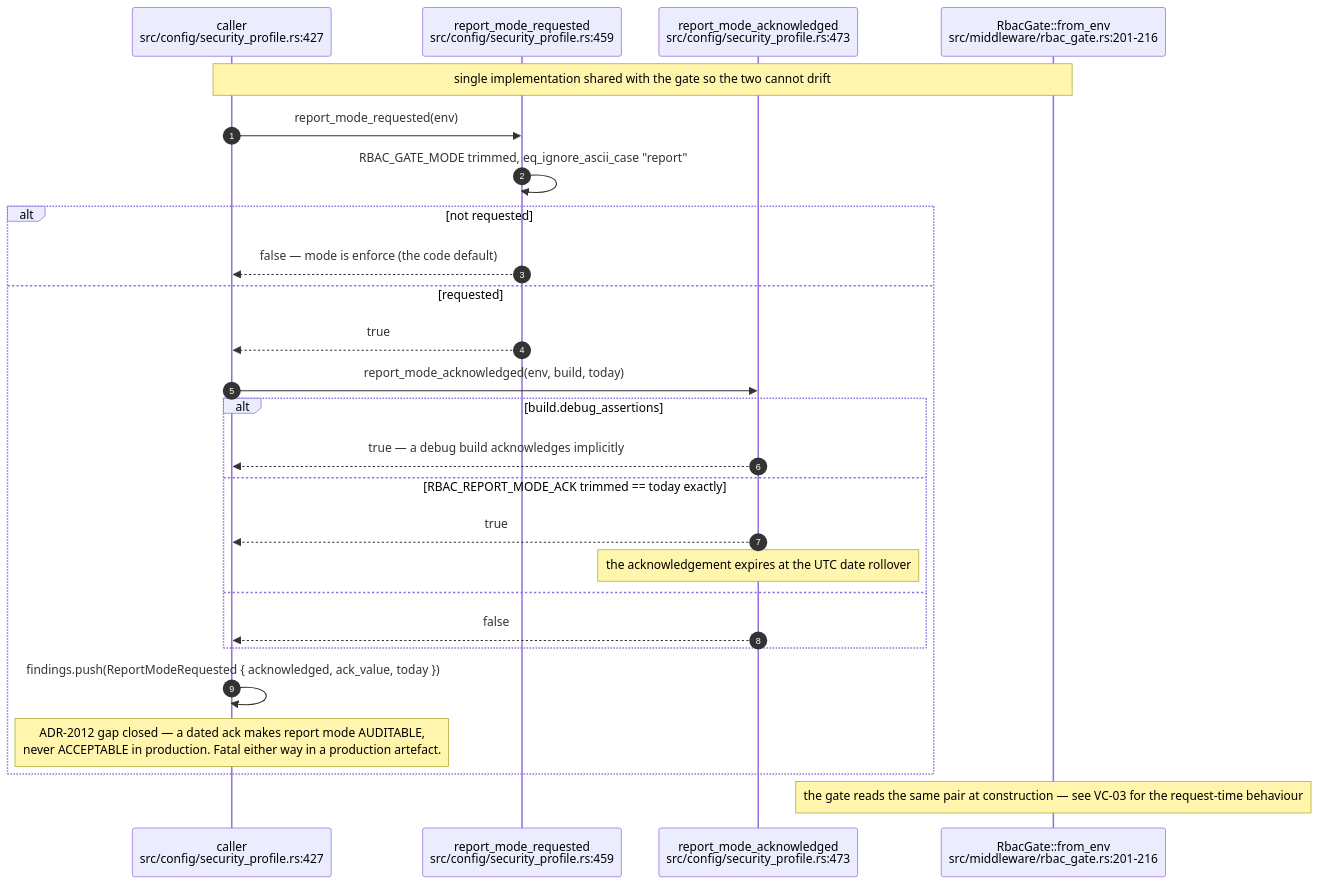
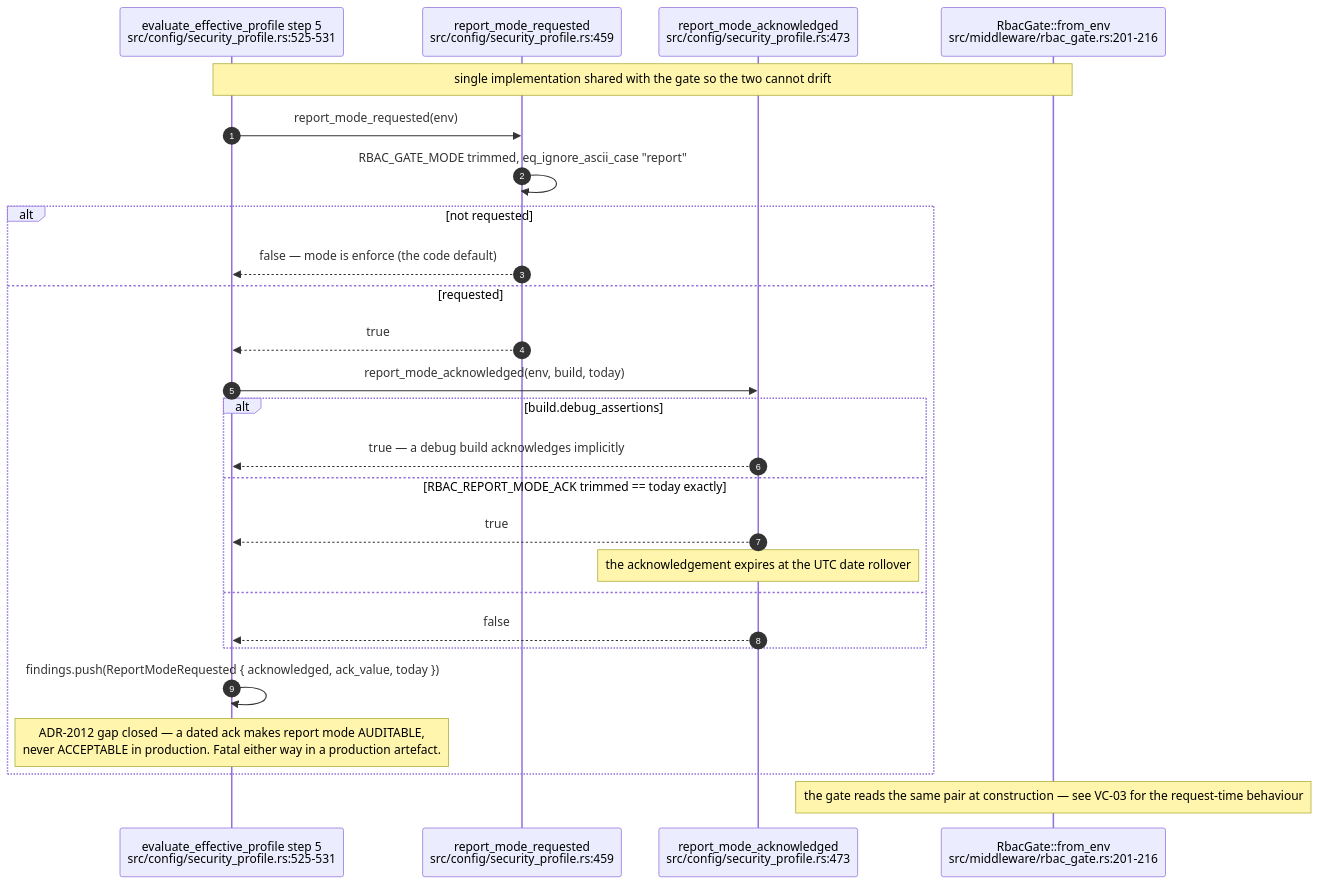
The seventh of 16 diagrams in docs/diagrams/visionclaw/09-config-and-env-flags.md (DreamLab-AI/VisionFlow), drawn with Mermaid before and after one commit. The commit also changed other lines of this file and 173 other files, not shown here.

````diff
--- a/docs/diagrams/visionclaw/09-config-and-env-flags.md
+++ b/docs/diagrams/visionclaw/09-config-and-env-flags.md
@@ -359,29 +361,29 @@
 ```mermaid
 sequenceDiagram
     autonumber
-    participant C as caller<br/>src/config/security_profile.rs:427
+    participant C as evaluate_effective_profile step 5<br/>src/config/security_profile.rs:525-531
     participant R as report_mode_requested<br/>src/config/security_profile.rs:459
     participant K as report_mode_acknowledged<br/>src/config/security_profile.rs:473
     participant G as RbacGate::from_env<br/>src/middleware/rbac_gate.rs:201-216
 
     Note over C,G: single implementation shared with the gate so the two cannot drift
     C->>R: report_mode_requested(env)
     R->>R: RBAC_GATE_MODE trimmed, eq_ignore_ascii_case "report"
     alt not requested
         R-->>C: false — mode is enforce (the code default)
     else requested
         R-->>C: true
         C->>K: report_mode_acknowledged(env, build, today)
         alt build.debug_assertions
             K-->>C: true — a debug build acknowledges implicitly
         else RBAC_REPORT_MODE_ACK trimmed == today exactly
             K-->>C: true
             Note over K: the acknowledgement expires at the UTC date rollover
         else
             K-->>C: false
         end
         C->>C: findings.push(ReportModeRequested { acknowledged, ack_value, today })
         Note over C: ADR-2012 gap closed — a dated ack makes report mode AUDITABLE,<br/>never ACCEPTABLE in production. Fatal either way in a production artefact.
     end
     Note over G: the gate reads the same pair at construction — see VC-03 for the request-time behaviour
 ```
````
